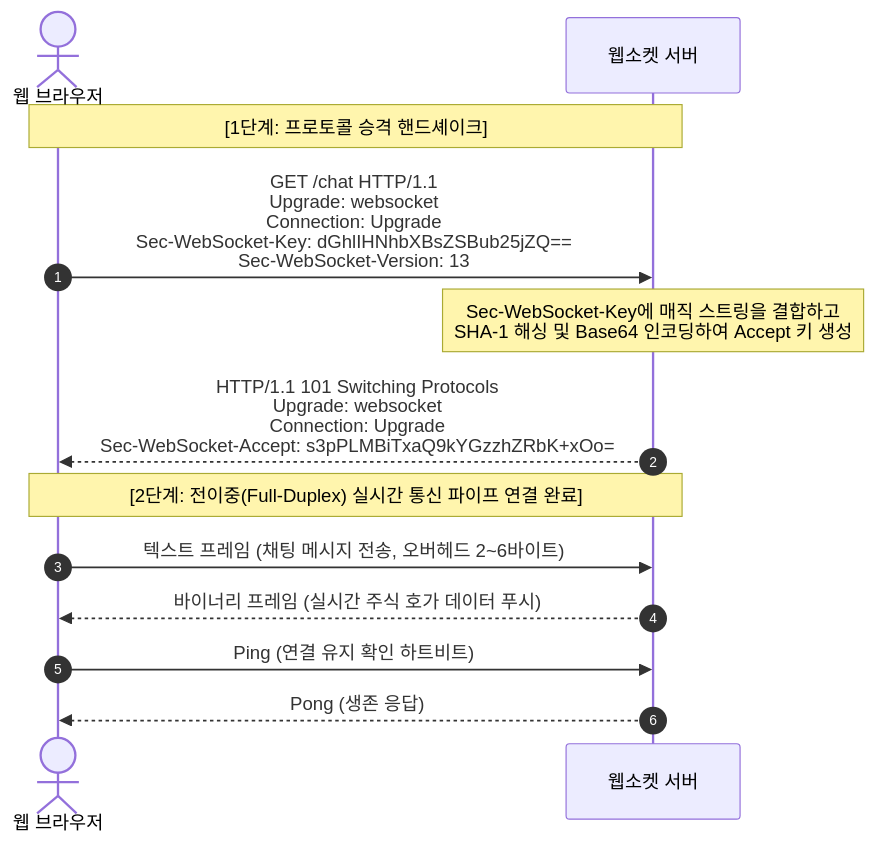
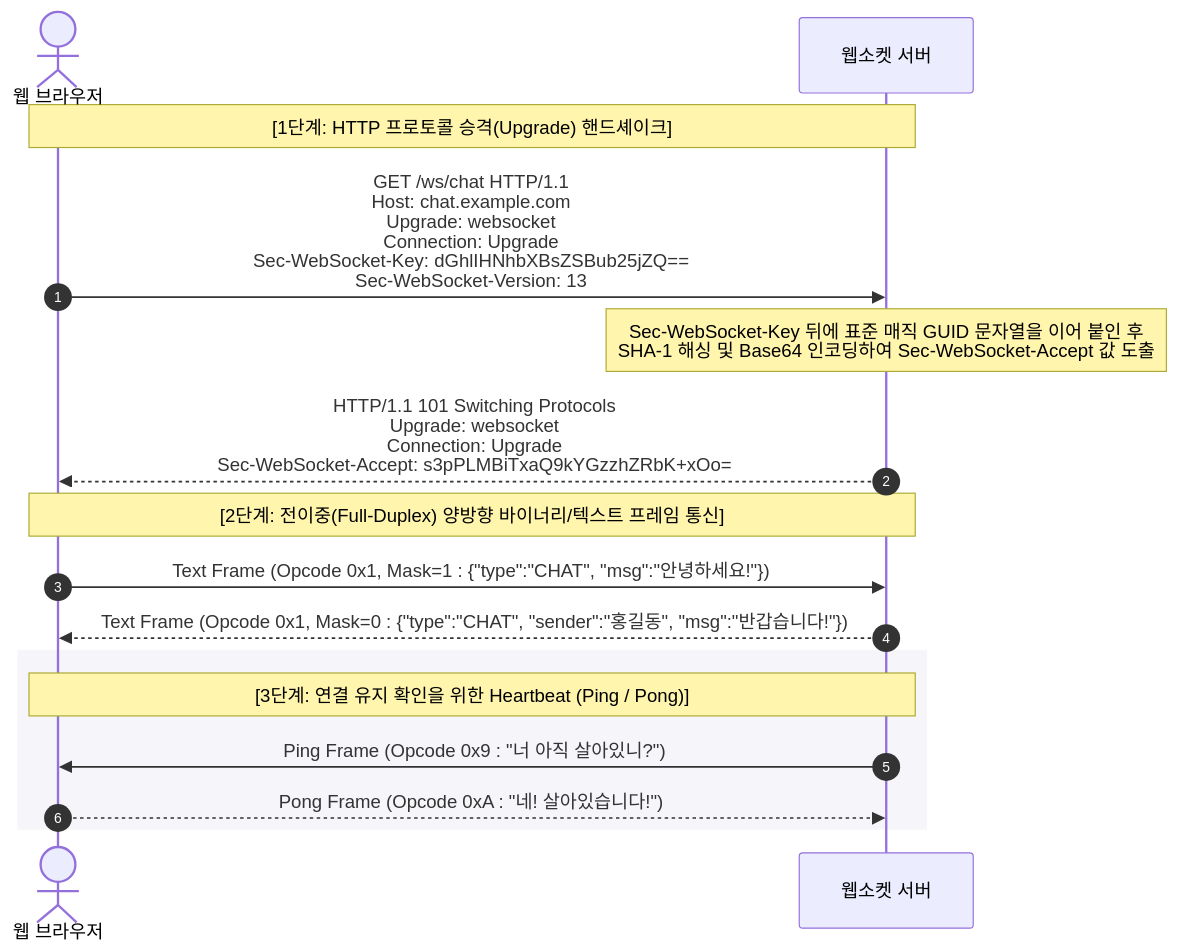
Before and after one commit to keimania/tech-notes: diagram 11 of 11 in 08_네트워크_기술.md, drawn with Mermaid. The commit also changed other lines of this file and 12 other files, not shown here.

````diff
--- a/08_네트워크_기술.md
+++ b/08_네트워크_기술.md
@@ -1097,20 +1424,24 @@
 ```mermaid
 sequenceDiagram
     autonumber
     actor C as 웹 브라우저
     participant S as 웹소켓 서버
 
-    Note over C,S: [1단계: 프로토콜 승격 핸드셰이크]
-    C->>S: GET /chat HTTP/1.1<br/>Upgrade: websocket<br/>Connection: Upgrade<br/>Sec-WebSocket-Key: dGhlIHNhbXBsZSBub25jZQ==<br/>Sec-WebSocket-Version: 13
+    Note over C,S: [1단계: HTTP 프로토콜 승격(Upgrade) 핸드셰이크]
+    C->>S: GET /ws/chat HTTP/1.1<br/>Host: chat.example.com<br/>Upgrade: websocket<br/>Connection: Upgrade<br/>Sec-WebSocket-Key: dGhlIHNhbXBsZSBub25jZQ==<br/>Sec-WebSocket-Version: 13
 
-    Note over S: Sec-WebSocket-Key에 매직 스트링을 결합하고<br/>SHA-1 해싱 및 Base64 인코딩하여 Accept 키 생성
+    Note over S: Sec-WebSocket-Key 뒤에 표준 매직 GUID 문자열을 이어 붙인 후<br/>SHA-1 해싱 및 Base64 인코딩하여 Sec-WebSocket-Accept 값 도출
 
     S-->>C: HTTP/1.1 101 Switching Protocols<br/>Upgrade: websocket<br/>Connection: Upgrade<br/>Sec-WebSocket-Accept: s3pPLMBiTxaQ9kYGzzhZRbK+xOo=
 
-    Note over C,S: [2단계: 전이중(Full-Duplex) 실시간 통신 파이프 연결 완료]
+    Note over C,S: [2단계: 전이중(Full-Duplex) 양방향 바이너리/텍스트 프레임 통신]
 
-    C->>S: 텍스트 프레임 (채팅 메시지 전송, 오버헤드 2~6바이트)
-    S-->>C: 바이너리 프레임 (실시간 주식 호가 데이터 푸시)
-    C->>S: Ping (연결 유지 확인 하트비트)
-    S-->>C: Pong (생존 응답)
+    C->>S: Text Frame (Opcode 0x1, Mask=1 : {"type":"CHAT", "msg":"안녕하세요!"})
+    S-->>C: Text Frame (Opcode 0x1, Mask=0 : {"type":"CHAT", "sender":"홍길동", "msg":"반갑습니다!"})
+    
+    rect rgb(245, 245, 250)
+    Note over C,S: [3단계: 연결 유지 확인을 위한 Heartbeat (Ping / Pong)]
+    S->>C: Ping Frame (Opcode 0x9 : "너 아직 살아있니?")
+    C-->>S: Pong Frame (Opcode 0xA : "네! 살아있습니다!")
+    end
 ```
````
